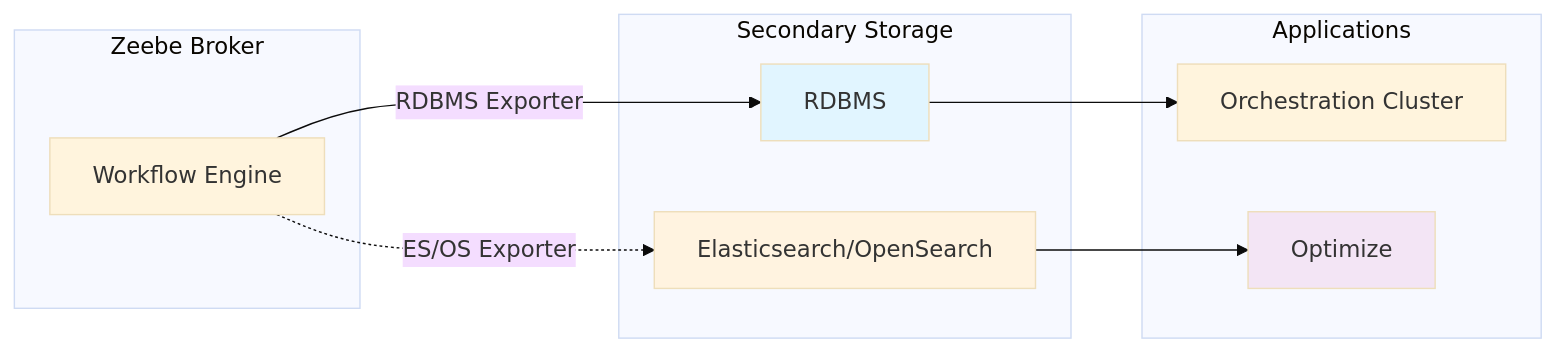
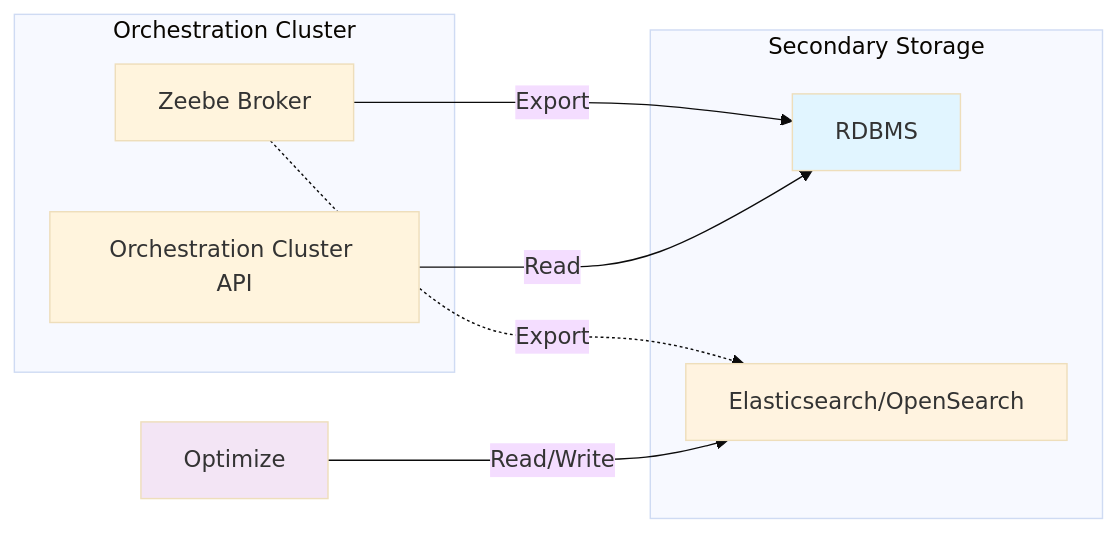
The diagram in docs/self-managed/deployment/manual/rdbms/index.md (camunda/camunda-docs), drawn with Mermaid (base theme) before and after one commit. The commit also changed other lines of this file and 1 other file, not shown here.

Commit message:
adjust diagrams

````diff
--- a/docs/self-managed/deployment/manual/rdbms/index.md
+++ b/docs/self-managed/deployment/manual/rdbms/index.md
@@ -18,26 +18,23 @@
 ```mermaid
 graph LR
-    subgraph zeebe[Zeebe Broker]
-        engine[Workflow Engine]
+    subgraph oc[Orchestration Cluster]
+        zeebe[Zeebe Broker]
+        api[Orchestration Cluster API]
     end
 
     subgraph storage[Secondary Storage]
         rdbms[RDBMS]
         es[Elasticsearch/OpenSearch]
     end
 
-    subgraph apps[Applications]
-        oc[Orchestration Cluster]
-        opt[Optimize]
-    end
+    opt[Optimize]
 
-    engine -->|RDBMS Exporter| rdbms
-    engine -.->|ES/OS Exporter| es
-
-    rdbms --> oc
-    es --> opt
+    zeebe -->|Export| rdbms
+    zeebe -.->|Export| es
+    api -->|Read| rdbms
+    opt -->|Read/Write| es
 
     style rdbms fill:#e1f5ff
     style es fill:#fff3e0
     style opt fill:#f3e5f5
 ```
````
